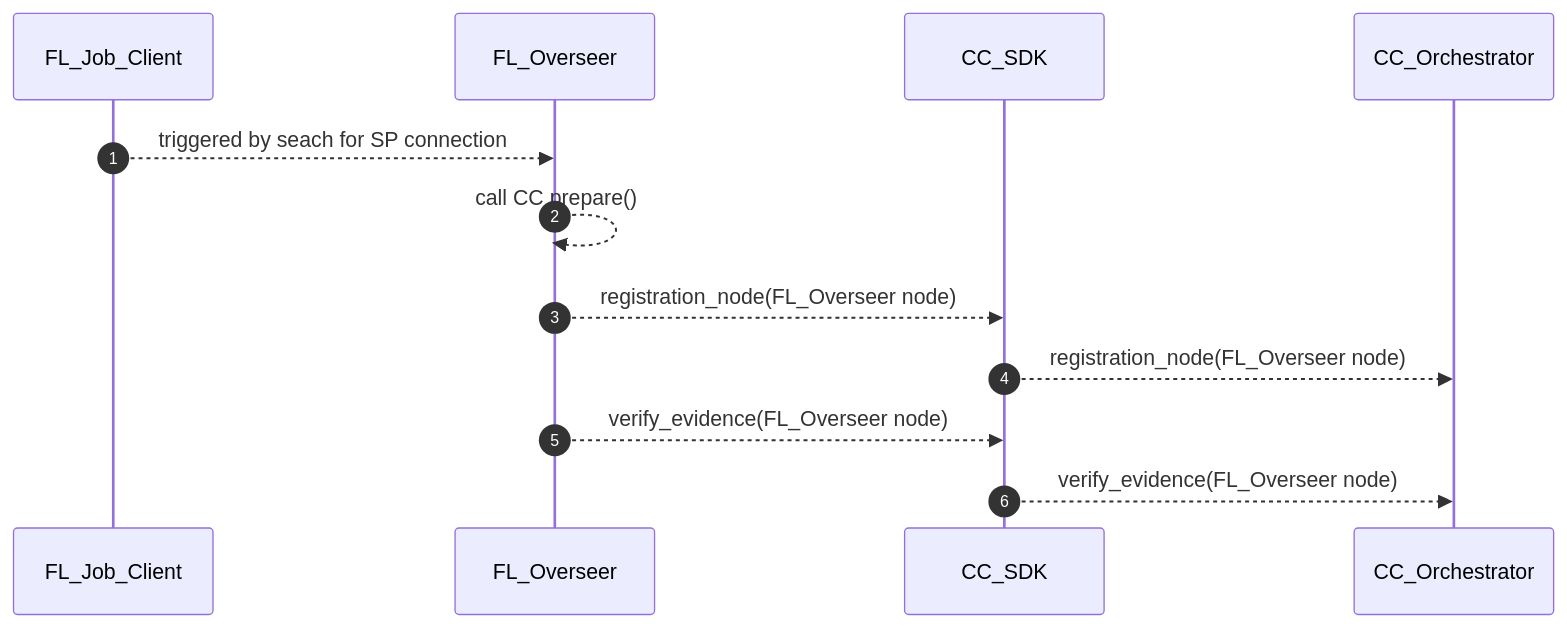
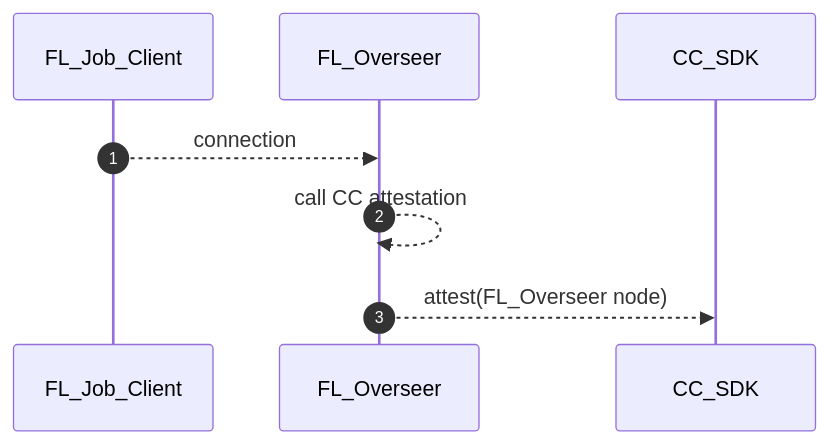
The ninth of 13 diagrams in docs/confidential_computing/detailed_cc_sequence_diagram.md (hitesh-ag1/NVFlare), drawn with Mermaid before and after one commit. The commit also changed other lines of this file, not shown here.

Commit message:
Sequence diagram for CC

````diff
--- a/docs/confidential_computing/detailed_cc_sequence_diagram.md
+++ b/docs/confidential_computing/detailed_cc_sequence_diagram.md
@@ -208,16 +207,12 @@
 ```mermaid
 sequenceDiagram
    autonumber
     participant FL_Job_Client
     participant FL_Overseer
     participant CC_SDK
-    participant CC_Orchestrator
     
-    FL_Job_Client -->> FL_Overseer: triggered by seach for SP connection
-    FL_Overseer -->> FL_Overseer: call CC prepare() 
-    FL_Overseer -->> CC_SDK: registration_node(FL_Overseer node)
-    CC_SDK -->> CC_Orchestrator: registration_node(FL_Overseer node)
-    FL_Overseer -->> CC_SDK: verify_evidence(FL_Overseer node)
-    CC_SDK -->> CC_Orchestrator: verify_evidence(FL_Overseer node)
+    FL_Job_Client -->> FL_Overseer: connection
+    FL_Overseer -->> FL_Overseer: call CC attestation 
+    FL_Overseer -->> CC_SDK: attest(FL_Overseer node)
     
 ```
````
